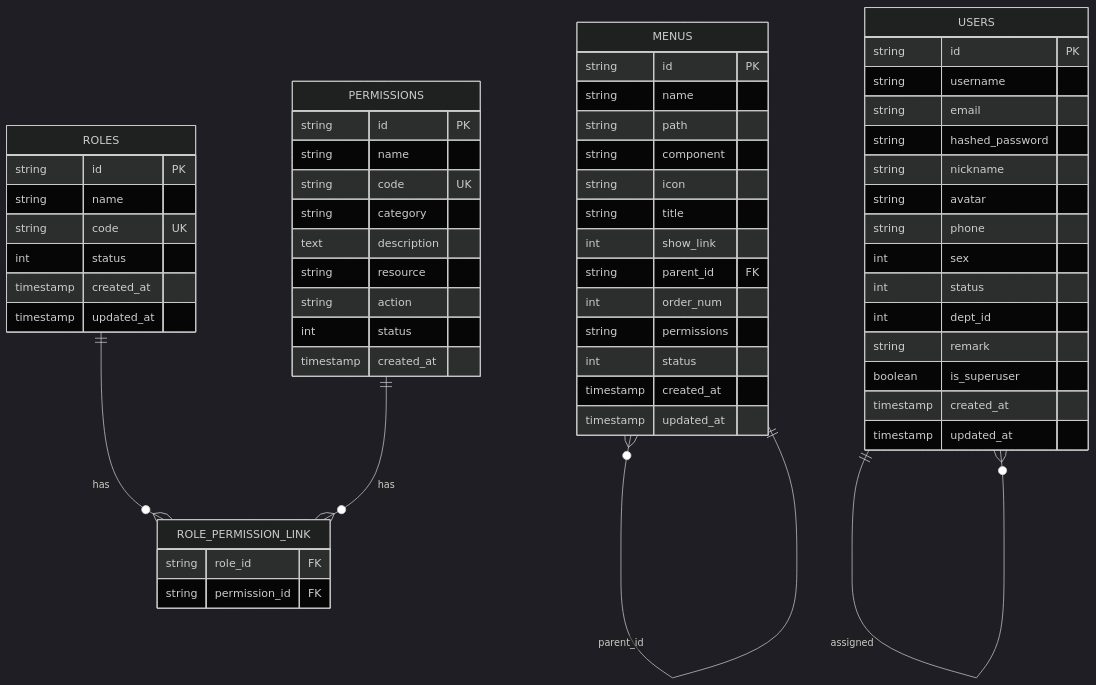
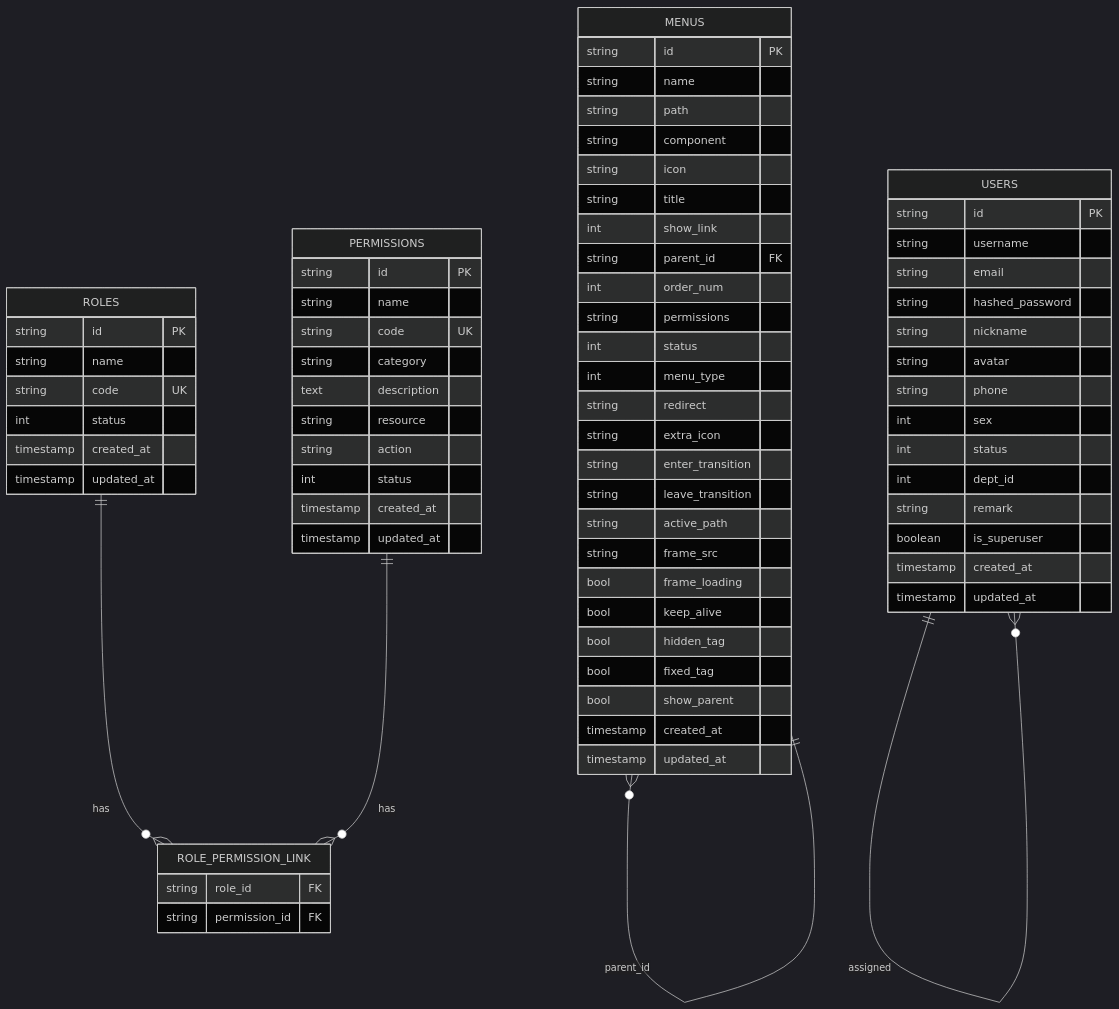
The tenth of 10 diagrams in .qoder/repowiki/zh/content/项目概述/核心特性/动态菜单生成.md (taoweidong/Hello-FastApi), drawn with Mermaid (dark theme) before and after one commit. The commit also changed other lines of this file and 11 other files, not shown here.

````diff
--- a/.qoder/repowiki/zh/content/项目概述/核心特性/动态菜单生成.md
+++ b/.qoder/repowiki/zh/content/项目概述/核心特性/动态菜单生成.md
@@ -399,61 +517,74 @@
 ```mermaid
 erDiagram
 MENUS {
 string id PK
 string name
 string path
 string component
 string icon
 string title
 int show_link
 string parent_id FK
 int order_num
 string permissions
 int status
+int menu_type
+string redirect
+string extra_icon
+string enter_transition
+string leave_transition
+string active_path
+string frame_src
+bool frame_loading
+bool keep_alive
+bool hidden_tag
+bool fixed_tag
+bool show_parent
 timestamp created_at
 timestamp updated_at
 }
 ROLES {
 string id PK
 string name
 string code UK
 int status
 timestamp created_at
 timestamp updated_at
 }
 PERMISSIONS {
 string id PK
 string name
 string code UK
 string category
 text description
 string resource
 string action
 int status
 timestamp created_at
+timestamp updated_at
 }
 ROLE_PERMISSION_LINK {
 string role_id FK
 string permission_id FK
 }
 USERS {
 string id PK
 string username
 string email
 string hashed_password
 string nickname
 string avatar
 string phone
 int sex
 int status
 int dept_id
 string remark
 boolean is_superuser
 timestamp created_at
 timestamp updated_at
 }
 MENUS }o--|| MENUS : "parent_id"
 ROLES ||--o{ ROLE_PERMISSION_LINK : "has"
 PERMISSIONS ||--o{ ROLE_PERMISSION_LINK : "has"
 USERS ||--o{ USERS : "assigned"
 ```
````
